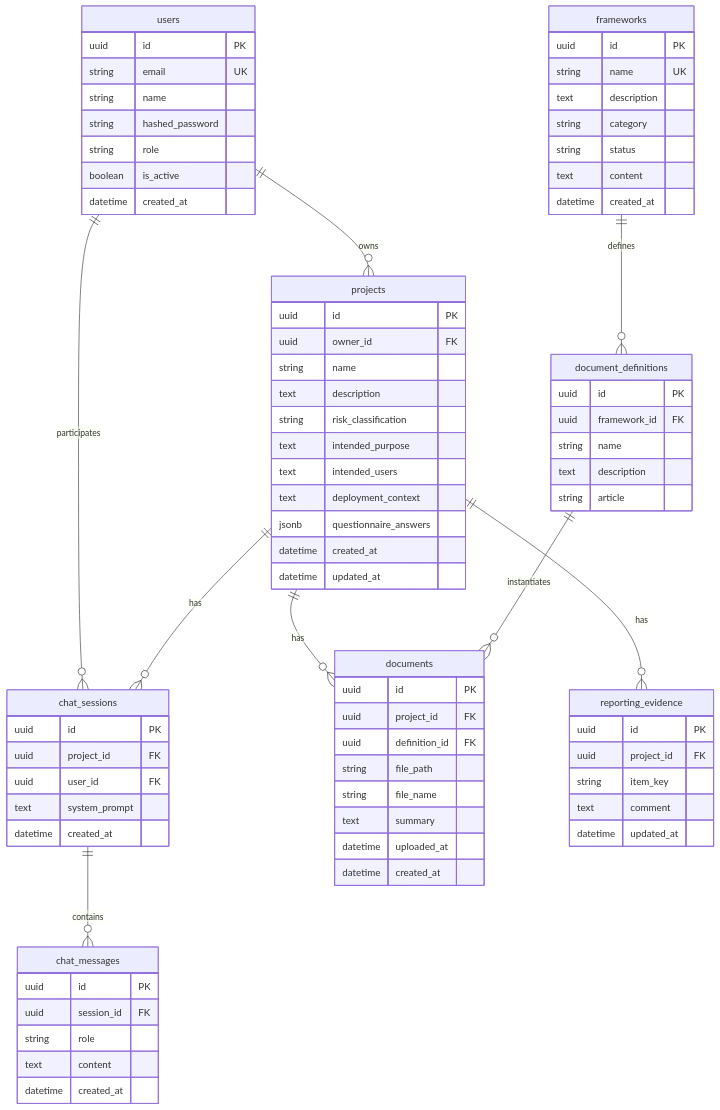
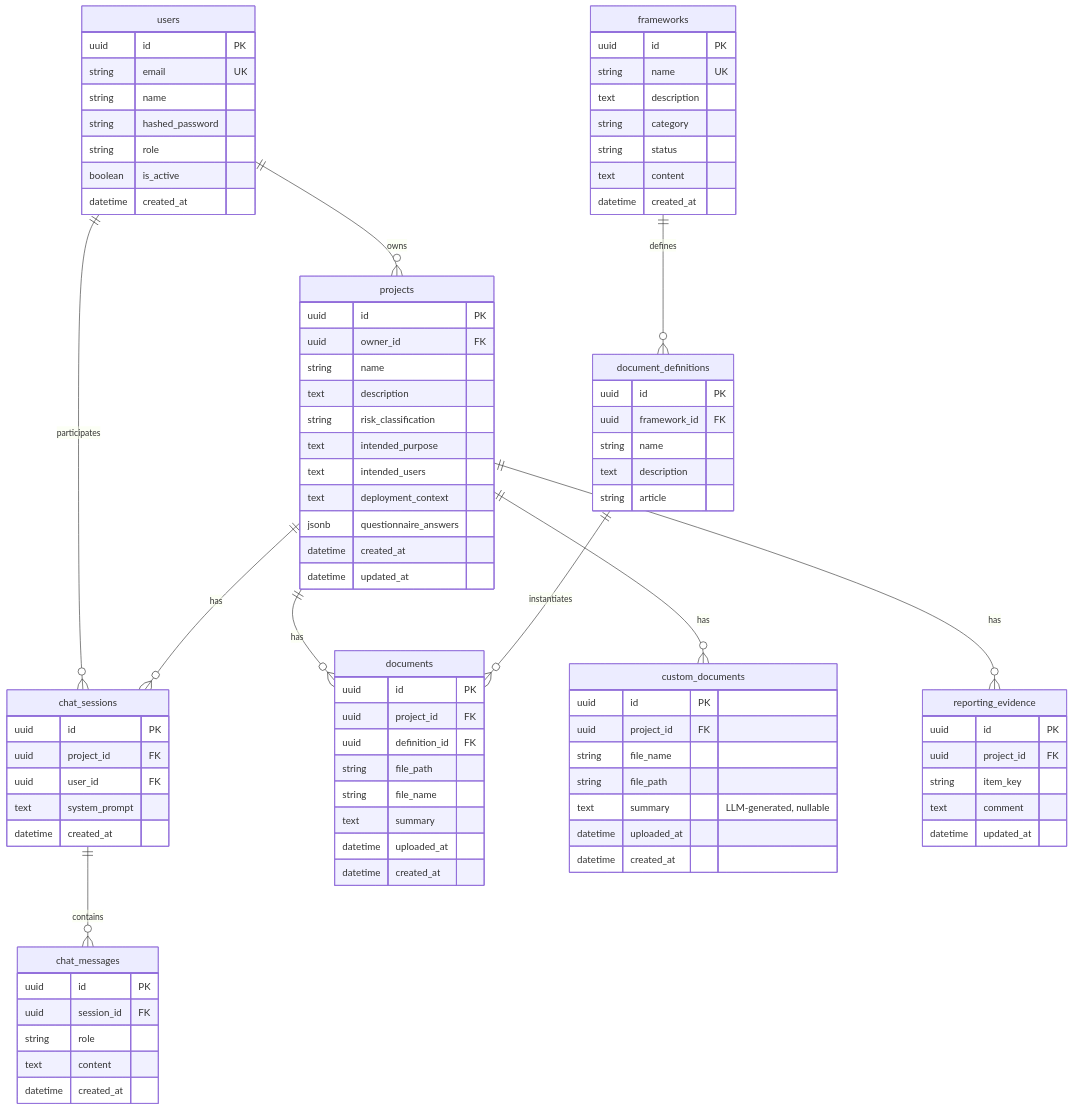
Before and after one commit to airbus/norma: the second of 6 diagrams in docs/architecture.md, drawn with Mermaid. The commit also changed other lines of this file and 22 other files, not shown here.

First line of the commit message:
Add custom documents, reporting suggestions, and UI improvements

```diff
--- a/docs/architecture.md
+++ b/docs/architecture.md
@@ -92,6 +92,7 @@
     users ||--o{ projects : owns
     users ||--o{ chat_sessions : participates
     projects ||--o{ documents : has
+    projects ||--o{ custom_documents : has
     projects ||--o{ reporting_evidence : has
     projects ||--o{ chat_sessions : has
     frameworks ||--o{ document_definitions : defines
@@ -151,6 +152,16 @@
         datetime created_at
     }
 
+    custom_documents {
+        uuid id PK
+        uuid project_id FK
+        string file_name
+        string file_path
+        text summary "LLM-generated, nullable"
+        datetime uploaded_at
+        datetime created_at
+    }
+
     reporting_evidence {
         uuid id PK
         uuid project_id FK
```
